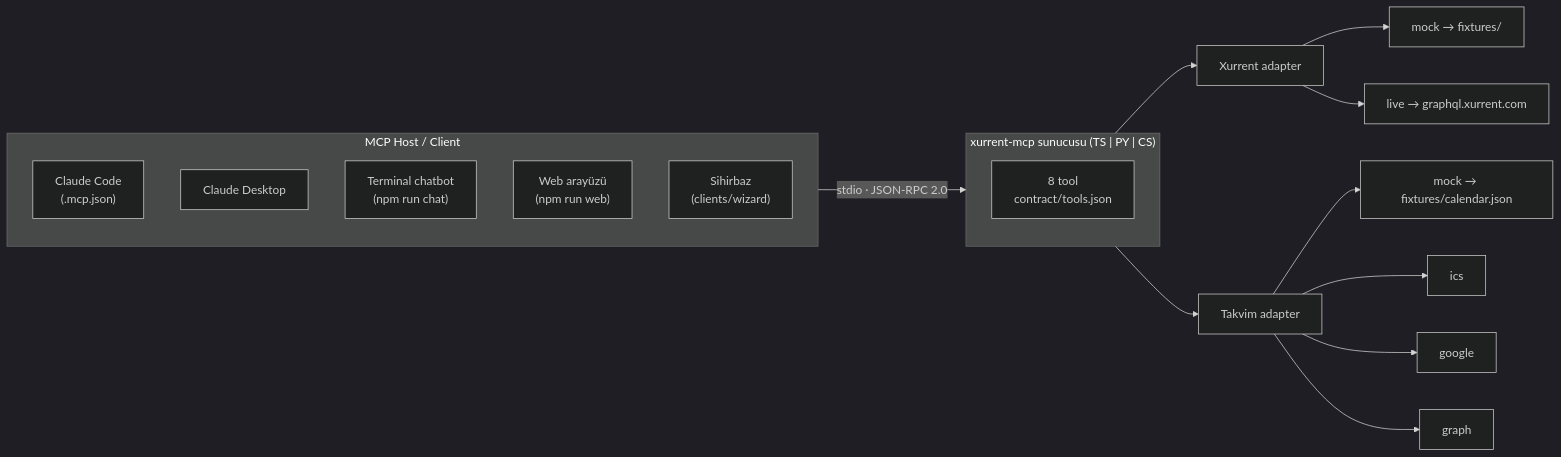
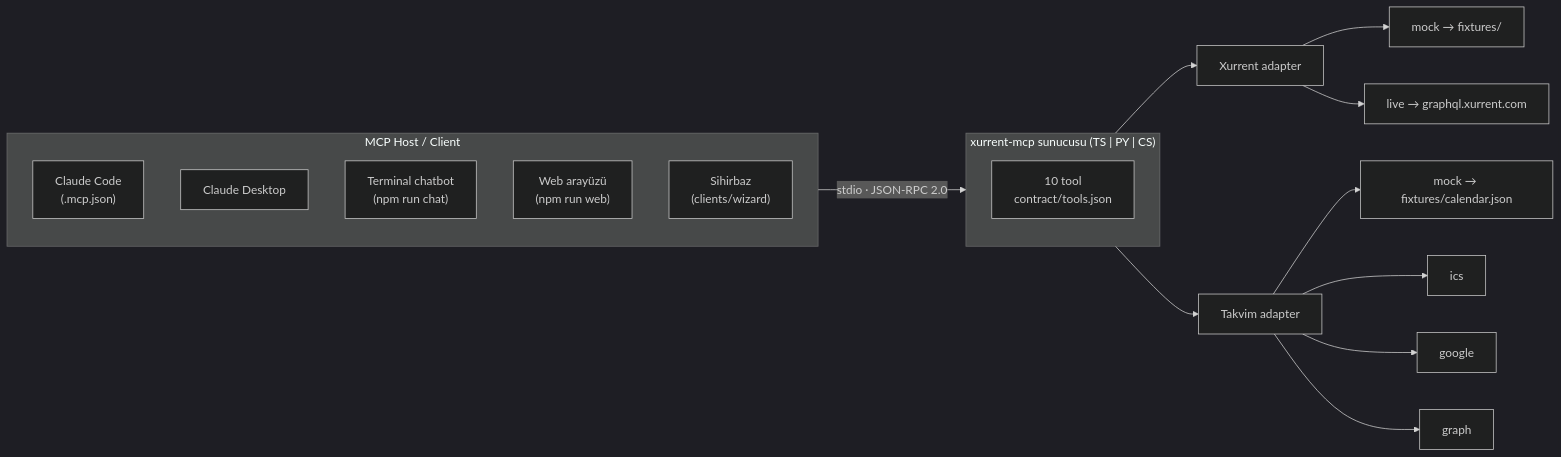
Before and after one commit to hakkisagdic/xurrent-mcp: the diagram in docs/00-genel-bakis.md, drawn with Mermaid (dark theme). The commit also changed other lines of this file and 17 other files, not shown here.

````diff
--- a/docs/00-genel-bakis.md
+++ b/docs/00-genel-bakis.md
@@ -54,27 +54,27 @@
 ```mermaid
 flowchart LR
   subgraph H["MCP Host / Client"]
     CC["Claude Code<br/>(.mcp.json)"]
     CD["Claude Desktop"]
     CB["Terminal chatbot<br/>(npm run chat)"]
     WEB["Web arayüzü<br/>(npm run web)"]
     WIZ["Sihirbaz<br/>(clients/wizard)"]
   end
 
   H -- "stdio · JSON-RPC 2.0" --> S
 
   subgraph S["xurrent-mcp sunucusu (TS | PY | CS)"]
-    T["8 tool<br/>contract/tools.json"]
+    T["10 tool<br/>contract/tools.json"]
   end
 
   S --> XA["Xurrent adapter"]
   S --> CA["Takvim adapter"]
 
   XA --> MOCK["mock → fixtures/"]
   XA --> LIVE["live → graphql.xurrent.com"]
 
   CA --> CM["mock → fixtures/calendar.json"]
   CA --> CI["ics"]
   CA --> CG["google"]
   CA --> CGR["graph"]
 ```
````
